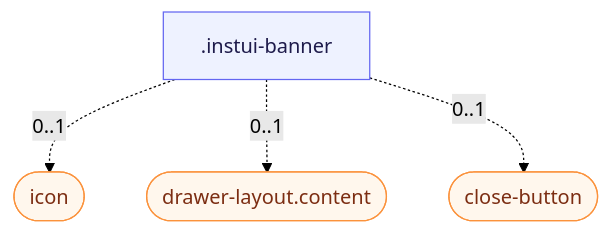
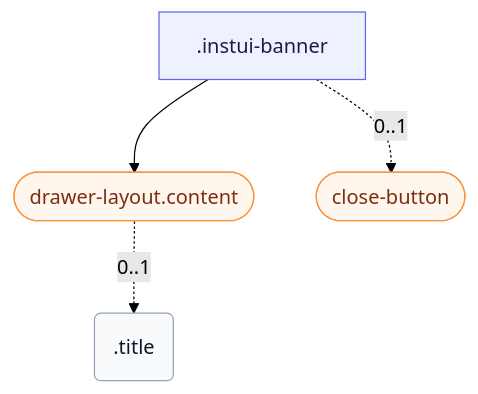
Before and after one commit to thedannywahl/pantoken: the diagram in docs/ar/api/css/banner.md, drawn with Mermaid (forest theme). The commit also changed other lines of this file and 7913 other files, not shown here.

````diff
--- a/docs/ar/api/css/banner.md
+++ b/docs/ar/api/css/banner.md
@@ -44,17 +43,16 @@
 ```mermaid
 flowchart TD
   n0[".instui-banner"]:::cssdoc-root
-  n1(["icon"]):::cssdoc-component
-  n2(["drawer-layout.content"]):::cssdoc-component
+  n1(["drawer-layout.content"]):::cssdoc-component
+  n2(".title"):::cssdoc-part
   n3(["close-button"]):::cssdoc-component
-  n0 -.->|0..1| n1
-  n0 -.->|0..1| n2
+  n1 -.->|0..1| n2
+  n0 --> n1
   n0 -.->|0..1| n3
-  click n1 "/api/css/icon.md"
-  click n2 "/api/css/drawer-layout.content.md"
+  click n1 "/api/css/drawer-layout.content.md"
   click n3 "/api/css/close-button.md"
   classDef cssdoc-root fill:#eef2ff,stroke:#6366f1,color:#1e1b4b;
   classDef cssdoc-part fill:#f8fafc,stroke:#94a3b8,color:#0f172a;
   classDef cssdoc-slot fill:#f0fdf4,stroke:#4ade80,color:#14532d;
   classDef cssdoc-component fill:#fff7ed,stroke:#fb923c,color:#7c2d12;
 ```
````
